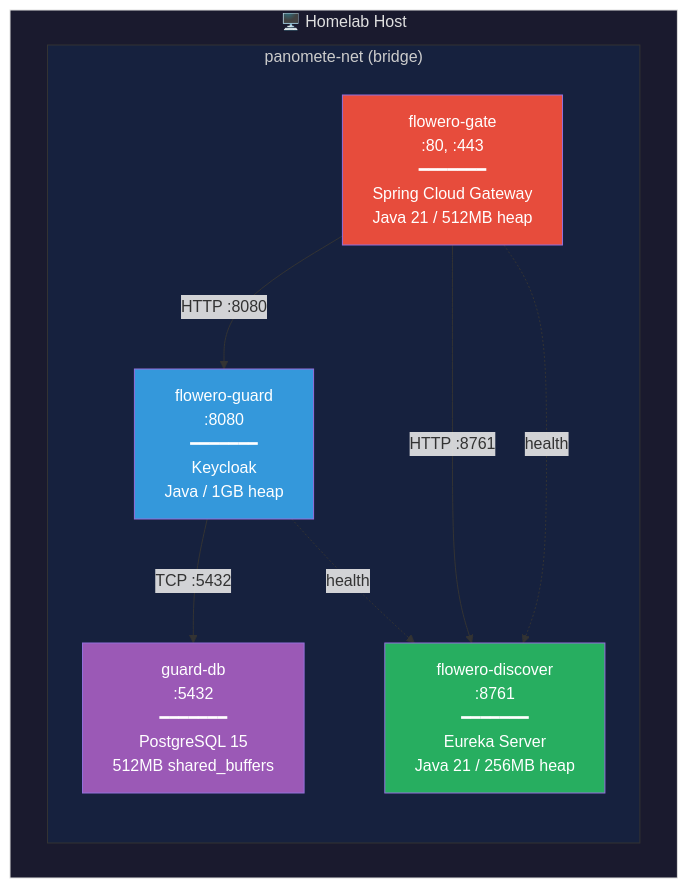
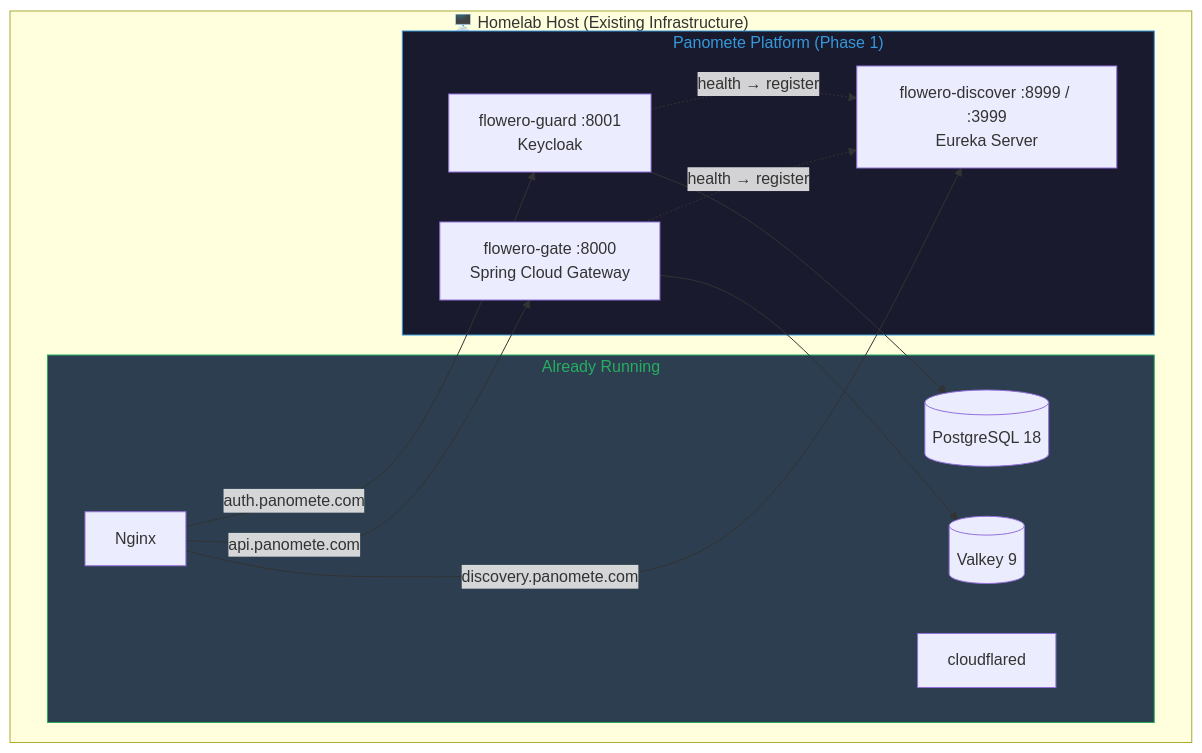
One commit to oat431/project_spec changed the third of 3 diagrams in spec/panomete_platform/02_design/025_software_architecture_document.md. Above: the diagram before and after it, drawn with Mermaid. The commit also changed other lines of this file and 12 other files, not shown here.

````diff
--- a/spec/panomete_platform/02_design/025_software_architecture_document.md
+++ b/spec/panomete_platform/02_design/025_software_architecture_document.md
@@ -345,28 +312,28 @@
 ```mermaid
 flowchart TB
-    subgraph Host["🖥️ Homelab Host"]
-        subgraph Network["panomete-net (bridge)"]
-            direction TB
-            GATE["flowero-gate<br>:80, :443<br>━━━━━━━<br>Spring Cloud Gateway<br>Java 21 / 512MB heap"]
+    subgraph Host["🖥️ Homelab Host (Existing Infrastructure)"]
+        subgraph Existing["Already Running"]
+            CF["cloudflared"]
+            NGINX["Nginx"]
+            PG[("PostgreSQL 18")]
+            VK[("Valkey 9")]
+        end
 
-            KC["flowero-guard<br>:8080<br>━━━━━━━<br>Keycloak<br>Java / 1GB heap"]
-
-            KC_DB["guard-db<br>:5432<br>━━━━━━━<br>PostgreSQL 15<br>512MB shared_buffers"]
-
-            EUR["flowero-discover<br>:8761<br>━━━━━━━<br>Eureka Server<br>Java 21 / 256MB heap"]
+        subgraph Platform["Panomete Platform (Phase 1)"]
+            GATE["flowero-gate :8000<br>Spring Cloud Gateway"]
+            KC["flowero-guard :8001<br>Keycloak"]
+            EUR["flowero-discover :8999 / :3999<br>Eureka Server"]
         end
     end
 
-    GATE -->|"HTTP :8080"| KC
-    GATE -->|"HTTP :8761"| EUR
-    KC -->|"TCP :5432"| KC_DB
-    KC -.->|"health"| EUR
-    GATE -.->|"health"| EUR
+    NGINX -->|"api.panomete.com"| GATE
+    NGINX -->|"auth.panomete.com"| KC
+    NGINX -->|"discovery.panomete.com"| EUR
+    KC --> PG
+    GATE --> VK
+    KC -.->|"health → register"| EUR
+    GATE -.->|"health → register"| EUR
 
-    style Host fill:#1a1a2e,stroke:#e0e0e0,color:#e0e0e0
-    style Network fill:#16213e,stroke:#333,color:#ccc
-    style GATE fill:#e74c3c,color:#fff
-    style KC fill:#3498db,color:#fff
-    style KC_DB fill:#9b59b6,color:#fff
-    style EUR fill:#27ae60,color:#fff
+    style Existing fill:#2c3e50,stroke:#27ae60,color:#27ae60
+    style Platform fill:#1a1a2e,stroke:#3498db,color:#3498db
 ```
````
